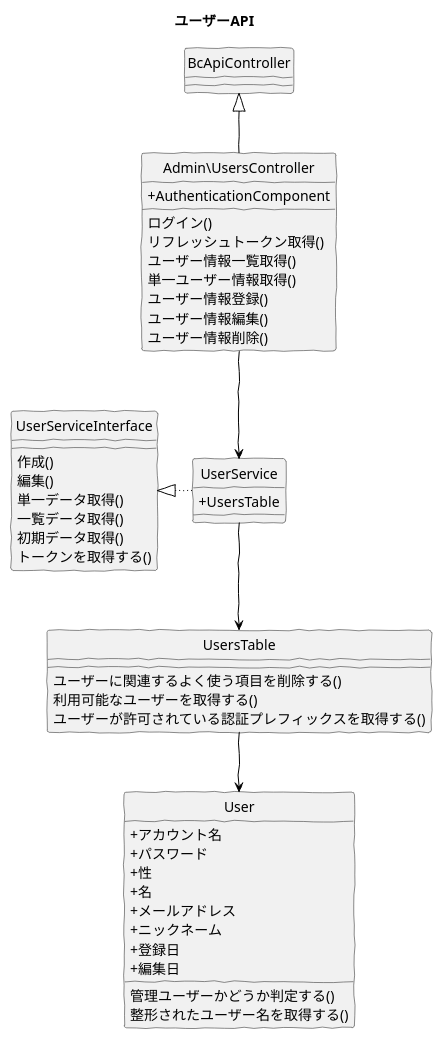
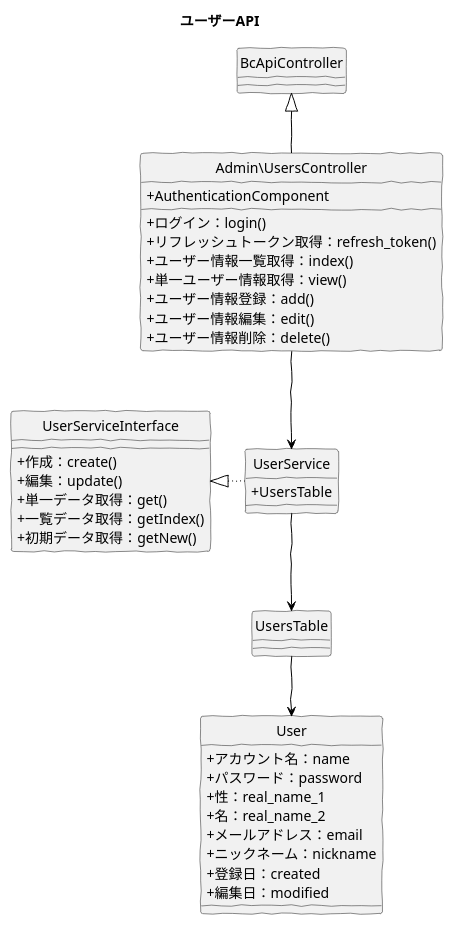
The diagram in src/puml/5/ucmitz/class/api_users.puml (baserproject/baserproject.github.io), drawn with PlantUML before and after one commit. The commit also changed 10 other files, not shown here.

```diff
--- a/src/puml/5/ucmitz/class/api_users.puml
+++ b/src/puml/5/ucmitz/class/api_users.puml
@@ -1,57 +1,51 @@
 @startuml
 skinparam handwritten true
 hide circle
 skinparam classAttributeIconSize 0
 
 title ユーザーAPI
 
 class Admin\UsersController {
   + AuthenticationComponent
-  ログイン()
-  リフレッシュトークン取得()
-  ユーザー情報一覧取得()
-  単一ユーザー情報取得()
-  ユーザー情報登録()
-  ユーザー情報編集()
-  ユーザー情報削除()
+  + ログイン：login()
+  + リフレッシュトークン取得：refresh_token()
+  + ユーザー情報一覧取得：index()
+  + 単一ユーザー情報取得：view()
+  + ユーザー情報登録：add()
+  + ユーザー情報編集：edit()
+  + ユーザー情報削除：delete()
 }
 
 class UserService {
   + UsersTable
 }
 
 class UserServiceInterface {
-  作成()
-  編集()
-  単一データ取得()
-  一覧データ取得()
-  初期データ取得()
-  トークンを取得する()
+  + 作成：create()
+  + 編集：update()
+  + 単一データ取得：get()
+  + 一覧データ取得：getIndex()
+  + 初期データ取得：getNew()
 }
 
 class UsersTable {
-  ユーザーに関連するよく使う項目を削除する()
-  利用可能なユーザーを取得する()
-  ユーザーが許可されている認証プレフィックスを取得する()
 }
 
 class User {
-   + アカウント名
-   + パスワード
-   + 性
-   + 名
-   + メールアドレス
-   + ニックネーム
-   + 登録日
-   + 編集日
-   管理ユーザーかどうか判定する()
-   整形されたユーザー名を取得する()
+   + アカウント名：name
+   + パスワード：password
+   + 性：real_name_1
+   + 名：real_name_2
+   + メールアドレス：email
+   + ニックネーム：nickname
+   + 登録日：created
+   + 編集日：modified
 }
 
 Admin\UsersController -down[#Black]-> UserService
 Admin\UsersController -up[#Black]-|> BcApiController
 UserService -left[dotted,#Black]-|> UserServiceInterface
 UserService -down[#Black]-> UsersTable
 UsersTable -down[#Black]-> User
 
 @enduml
```
